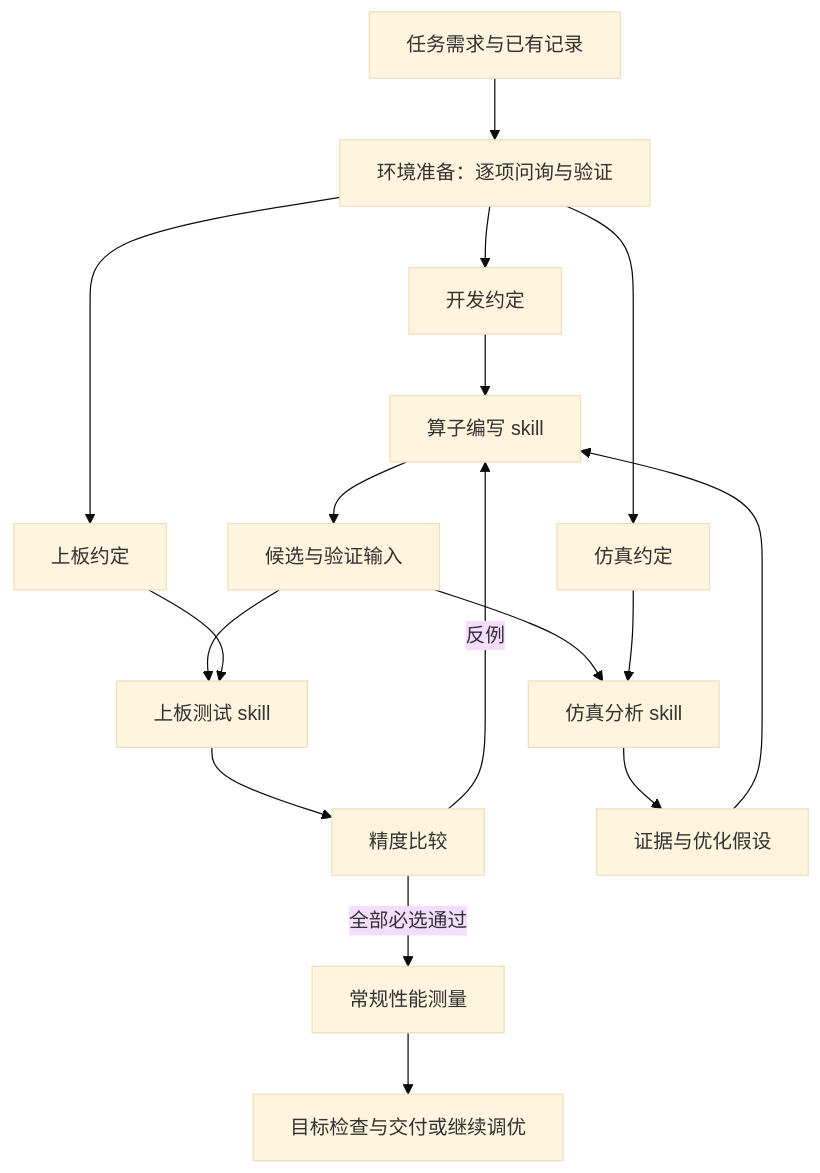
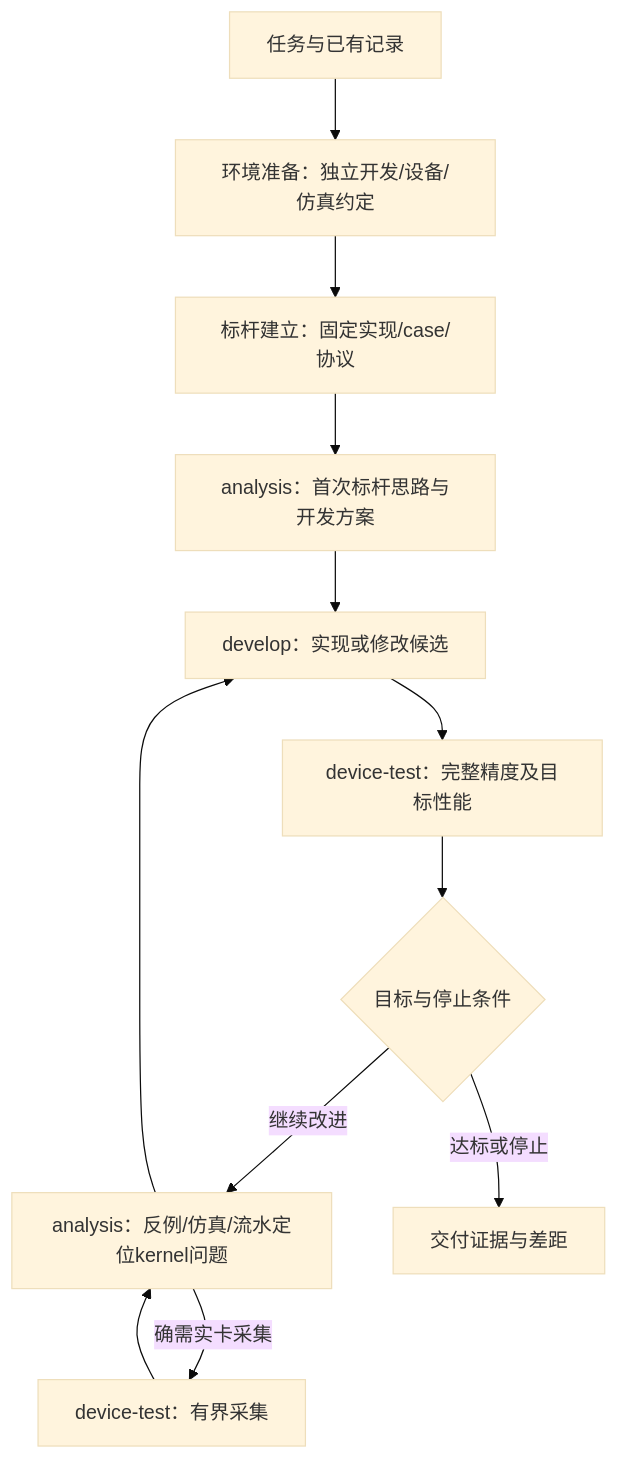
One commit to tile-ai/tilelang-mlir-ascend changed the diagram in docs/nodes/design.md. Above: the diagram before and after it, drawn with Mermaid (base theme). The commit also changed other lines of this file and 37 other files, not shown here.

````diff
--- a/docs/nodes/design.md
+++ b/docs/nodes/design.md
@@ -21,19 +21,14 @@
 ```mermaid
 flowchart TD
-    R[任务需求与已有记录] --> E[环境准备：逐项问询与验证]
-    E --> DENV[开发约定]
-    E --> HENV[上板约定]
-    E --> SENV[仿真约定]
-    DENV --> D[算子编写 skill]
-    D --> C[候选与验证输入]
-    C --> H[上板测试 skill]
-    HENV --> H
-    H --> A[精度比较]
-    A -->|全部必选通过| P[常规性能测量]
-    A -->|反例| D
-    C --> S[仿真分析 skill]
-    SENV --> S
-    S --> X[证据与优化假设]
+    R[任务与已有记录] --> E[环境准备：独立开发/设备/仿真约定]
+    E --> B[标杆建立：固定实现/case/协议]
+    B --> A[analysis：首次标杆思路与开发方案]
+    A --> D[develop：实现或修改候选]
+    D --> T[device-test：完整精度及目标性能]
+    T --> C{目标与停止条件}
+    C -->|继续改进| X[analysis：反例/仿真/流水定位kernel问题]
     X --> D
-    P --> O[目标检查与交付或继续调优]
+    C -->|达标或停止| O[交付证据与差距]
+    X -->|确需实卡采集| P[device-test：有界采集]
+    P --> X
 ```
````
